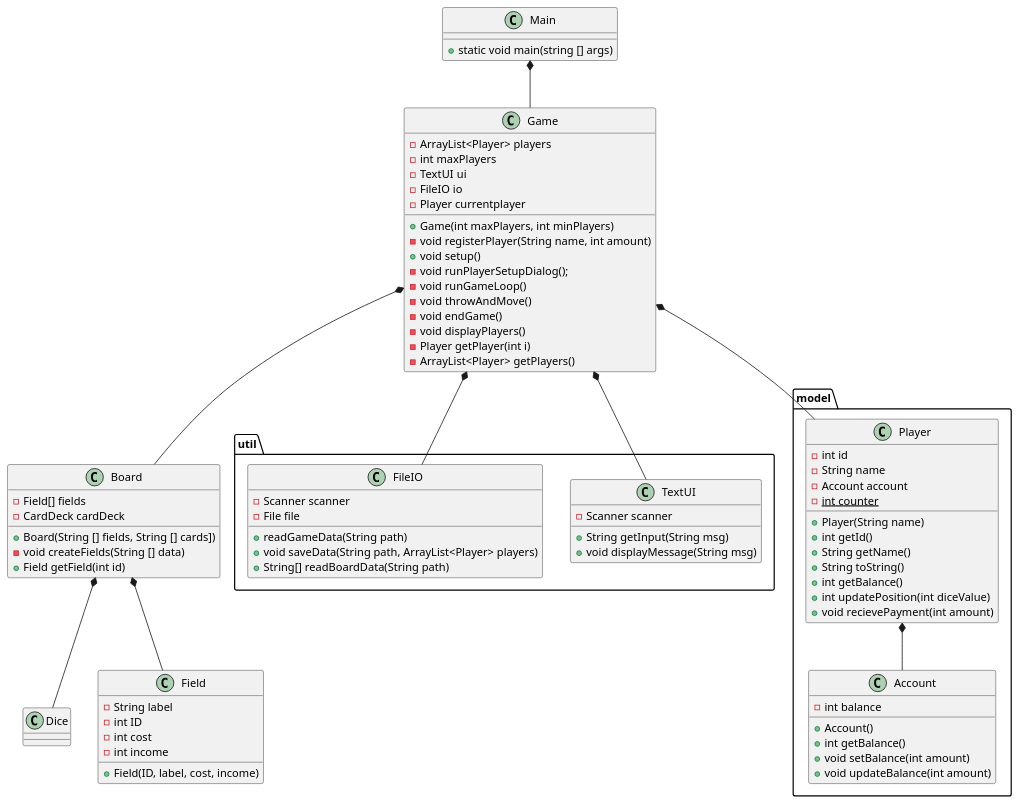
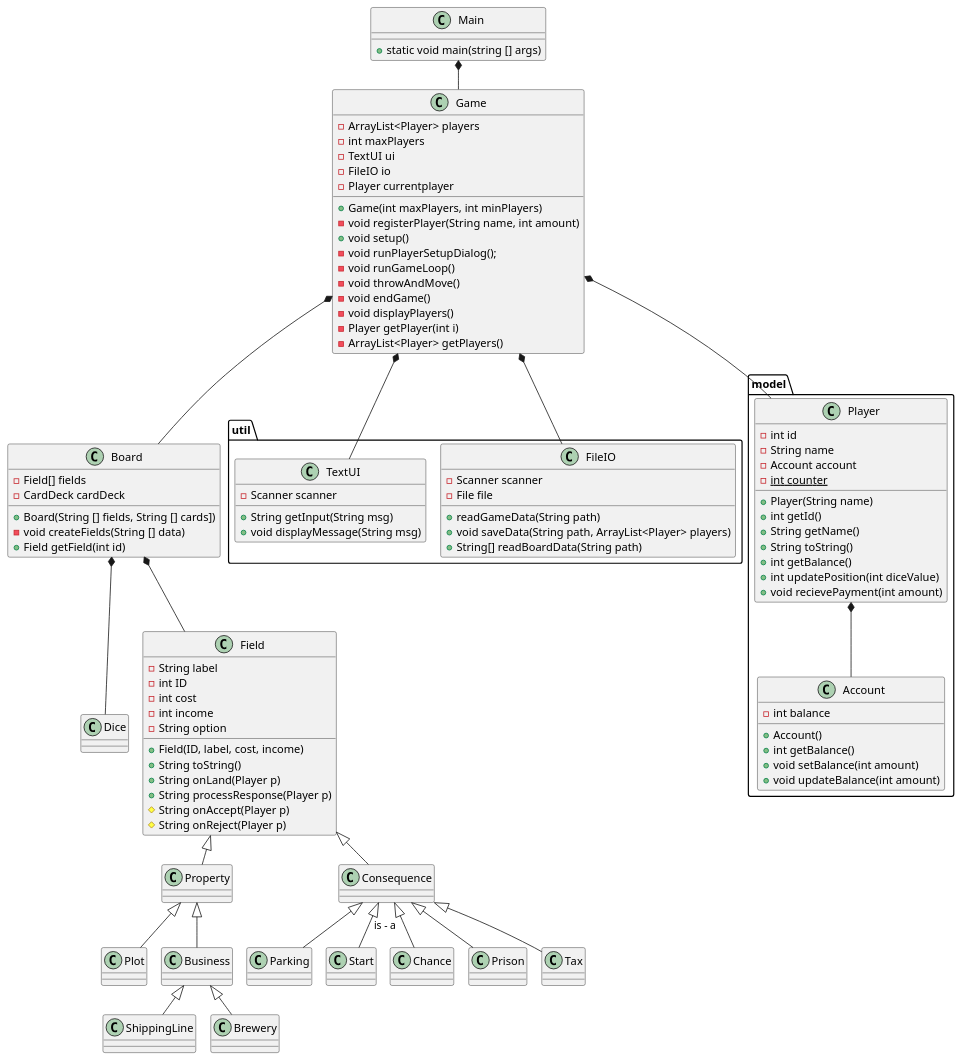
The diagram in doc/classdiagram.puml (babanoelk/Monopoly), drawn with PlantUML before and after one commit. The commit also changed 1 other file, not shown here.

```diff
--- a/doc/classdiagram.puml
+++ b/doc/classdiagram.puml
@@ -1,87 +1,123 @@
 @startuml
 'https://plantuml.com/class-diagram
+!pragma layout smetana
+
 
 class Main
 class Game
 
 package "util"{
 class TextUI
 class FileIO
 }
 package "model"{
 class Player
 class Account
 }
 class Dice
 class Board
+
 class Field
+class Property
+class Consequence
+class Business
+class Plot
+class Prison
+class Tax
+class Parking
+class Start
+class Chance
+class ShippingLine
+class Brewery
+
+
 
 Main *-- Game
 Game *-- TextUI
 Game *-- FileIO
 Game *-- Player
 Player *-- Account
 Game *--Board
 Board *-- Dice
 Board *-- Field
+Field <|-- Property
+Field <|-- Consequence
+Property <|-- Business
+Property <|-- Plot
+Business <|-- ShippingLine
+Business <|-- Brewery
+Consequence <|-- Prison
+Consequence <|-- Tax
+Consequence <|-- Parking
+Consequence <|-- Start : is - a
+Consequence <|-- Chance
+
+
 Main : + static void main(string [] args)
 
 
 Player : -int id
 Player  : -String name
 Player  : -Account account
 Player  : -{static} int counter
 Player  : +Player(String name)
 Player  : +int getId()
 Player  : +String getName()
 Player  : +String toString()
 Player  : +int getBalance()
 Player  : +int updatePosition(int diceValue)
 Player  : +void recievePayment(int amount)
 
 
 Account : - int balance
 Account : + Account()
 Account : + int getBalance()
 Account : + void setBalance(int amount)
 Account : + void updateBalance(int amount)
 
 Game : - ArrayList<Player> players
 Game : - int maxPlayers
 Game : - TextUI ui
 Game : - FileIO io
 Game : - Player currentplayer
 Game : + Game(int maxPlayers, int minPlayers)
 Game : - void registerPlayer(String name, int amount)
 Game : + void setup()
 Game : - void runPlayerSetupDialog();
 Game : - void runGameLoop()
 Game : - void throwAndMove()
 Game : - void endGame()
 Game : - void displayPlayers()
 Game : - Player getPlayer(int i)
 Game : - ArrayList<Player> getPlayers()
 
 TextUI : + String getInput(String msg)
 TextUI : - Scanner scanner
 TextUI : + void displayMessage(String msg)
 
 FileIO : - Scanner scanner
 FileIO : - File file
 FileIO : + readGameData(String path)
 FileIO : + void saveData(String path, ArrayList<Player> players)
 FileIO : + String[] readBoardData(String path)
 
-Field : + Field(ID, label, cost, income)
 Field : - String label
 Field : - int ID
 Field : - int cost
 Field : - int income
+Field : - String option
+Field : + Field(ID, label, cost, income)
+Field : + String toString()
+Field : + String onLand(Player p)
+Field : + String processResponse(Player p)
+Field : # String onAccept(Player p)
+Field : # String onReject(Player p)
+
 
 Board : - Field[] fields
 Board : - CardDeck cardDeck
 Board : + Board(String [] fields, String [] cards])
 Board : - void createFields(String [] data)
 Board : + Field getField(int id)
 
 @enduml
```
